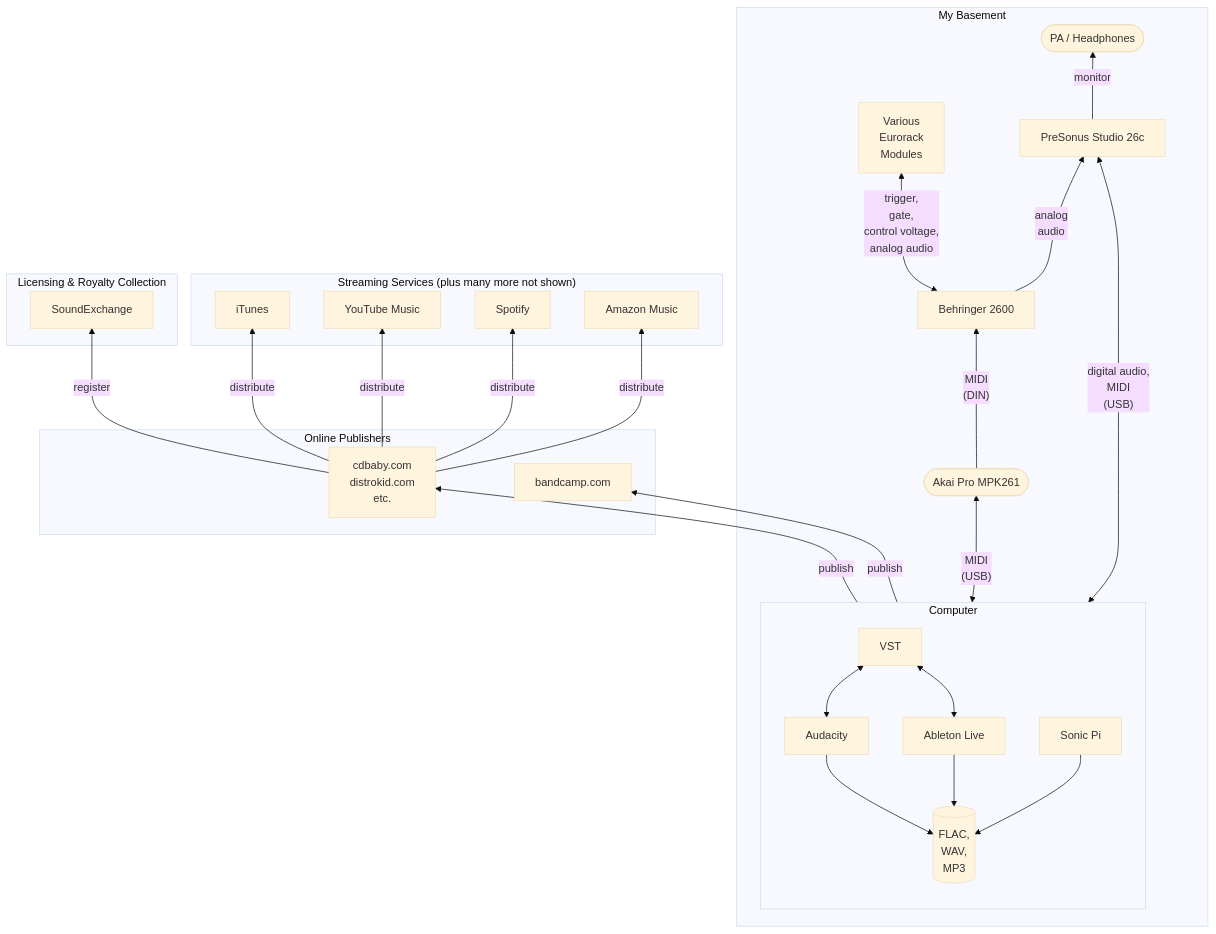
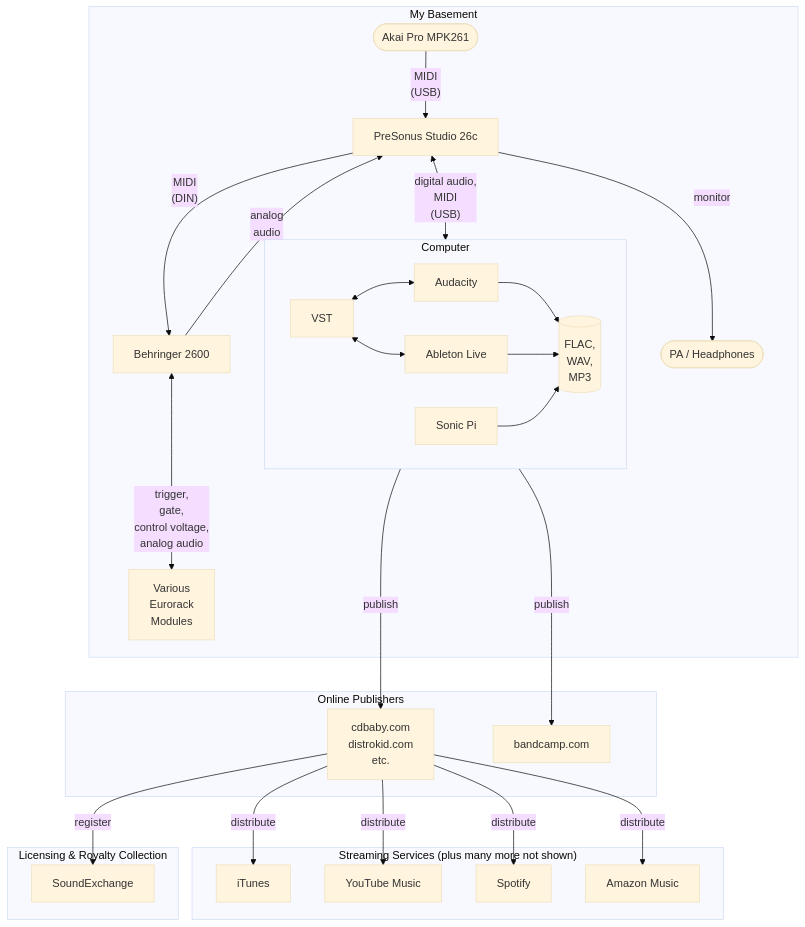
One commit to parasaurolophus/rader.us changed the second of 2 diagrams in music/musicography.md. Above: the diagram before and after it, drawn with Mermaid (base theme). The commit also changed other lines of this file and 2 other files, not shown here.

Commit message:
Refresh memaid diagrams and links

````diff
--- a/music/musicography.md
+++ b/music/musicography.md
@@ -224,57 +224,55 @@
 ```mermaid
-graph BT
+graph TB
 
         subgraph "My Basement"
 
             keyboard(["Akai Pro MPK261"])
             b2600["Behringer 2600"]
-
-            eurorack["Various\nEurorack\nModules"]
-
+            eurorack["Various<br>Eurorack<br>Modules"]
             adc["PreSonus Studio 26c"]
 
             subgraph computer["Computer"]
                 audacity["Audacity"]
                 ableton["Ableton Live"]
                 sonicpi["Sonic Pi"]
                 plugins["VST"]
-                flac[("FLAC,\nWAV,\nMP3")]
+                flac[("FLAC,<br>WAV,<br>MP3")]
                 plugins <--> audacity --> flac
                 plugins <--> ableton --> flac
                 sonicpi --> flac
             end
 
             monitor(["PA / Headphones"])
 
         end
 
         subgraph cloud["Online Publishers"]
-            cdbaby["cdbaby.com\ndistrokid.com\netc."]
+            cdbaby["cdbaby.com<br>distrokid.com<br>etc."]
             bandcamp["bandcamp.com"]
         end
 
         subgraph "Streaming Services (plus many more not shown)"
             itunes["iTunes"]
             youtube["YouTube Music"]
             spotify["Spotify"]
             amazon["Amazon Music"]
         end
 
         subgraph "Licensing & Royalty Collection"
             soundexchange["SoundExchange"]
         end
 
-        keyboard -- "MIDI\n(DIN)" --> b2600
-        b2600 <-- "trigger,\ngate,\ncontrol voltage,\nanalog audio" --> eurorack
-        b2600 -- "analog\naudio" --> adc
-        adc <-- "digital audio,\nMIDI\n(USB)" --> computer
+        keyboard -- "MIDI<br>(USB)" --> adc
+        b2600 <-- "trigger,<br>gate,<br>control voltage,<br>analog audio" --> eurorack
+        b2600 -- "analog<br>audio" --> adc
+        adc -- "MIDI<br>(DIN)" --> b2600
+        adc <-- "digital audio,<br>MIDI<br>(USB)" --> computer
         adc -- "monitor" --> monitor
-        computer <-- "MIDI\n(USB)" --> keyboard
-        computer -- "publish" --> cdbaby
-        computer -- "publish" --> bandcamp
+        computer -- "publish" ---> cdbaby
+        computer -- "publish" ---> bandcamp
         cdbaby -- "distribute" --> itunes
         cdbaby -- "distribute" --> youtube
         cdbaby -- "distribute" --> spotify
         cdbaby -- "distribute" --> amazon
         cdbaby -- "register" --> soundexchange
 ```
````
